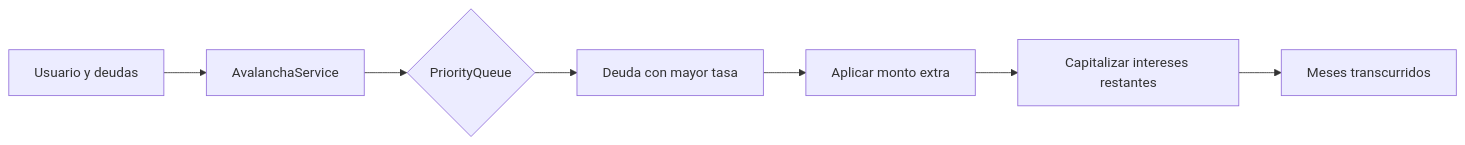
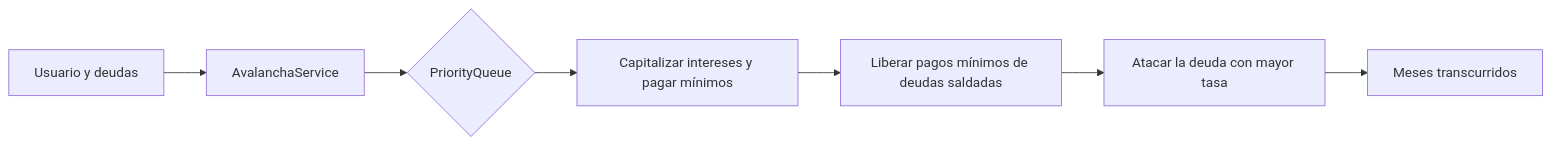
Before and after one commit to SamSof28/avalache-api: the diagram in README.md, drawn with Mermaid. The commit also changed other lines of this file, not shown here.

Commit message:
Update README to reflect new debt payment features and flowchart adjustments

````diff
--- a/README.md
+++ b/README.md
@@ -45,9 +46,9 @@
 ```mermaid
 flowchart LR
     A[Usuario y deudas] --> B[AvalanchaService]
     B --> C{PriorityQueue}
-    C --> D[Deuda con mayor tasa]
-    D --> E[Aplicar monto extra]
-    E --> F[Capitalizar intereses restantes]
+    C --> D[Capitalizar intereses y pagar mínimos]
+    D --> E[Liberar pagos mínimos de deudas saldadas]
+    E --> F[Atacar la deuda con mayor tasa]
     F --> G[Meses transcurridos]
 ```
````
